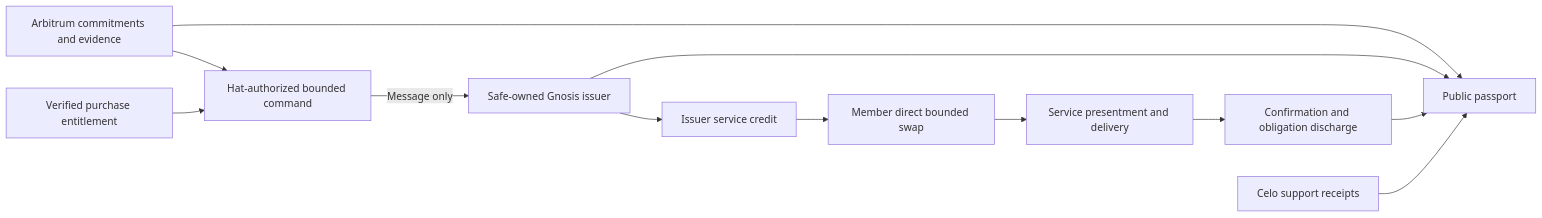
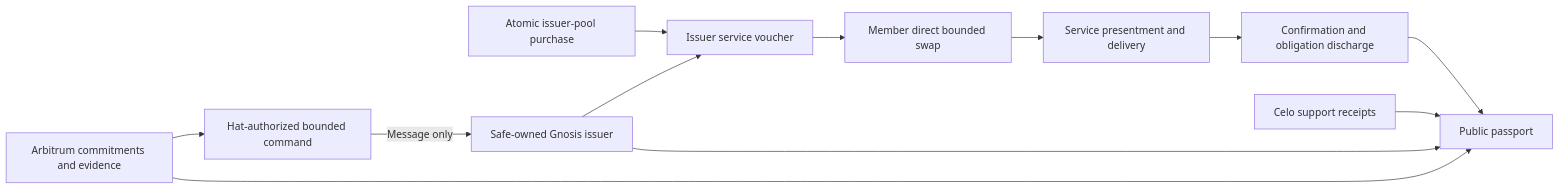
Before and after one commit to greenpill-dev-guild/green-goods: the diagram in .plans/backlog/cosmo-local-credit-interop/spec.md, drawn with Mermaid. The commit also changed other lines of this file and 26 other files, not shown here.

````diff
--- a/.plans/backlog/cosmo-local-credit-interop/spec.md
+++ b/.plans/backlog/cosmo-local-credit-interop/spec.md
@@ -28,14 +136,14 @@
 ```mermaid
 flowchart LR
   A[Arbitrum commitments and evidence] --> B[Hat-authorized bounded command]
-  P[Verified purchase entitlement] --> B
+  P[Atomic issuer-pool purchase] --> D
   B -->|Message only| C[Safe-owned Gnosis issuer]
-  C --> D[Issuer service credit]
+  C --> D[Issuer service voucher]
   D --> E[Member direct bounded swap]
   E --> F[Service presentment and delivery]
   F --> G[Confirmation and obligation discharge]
   A --> H[Public passport]
   C --> H
   G --> H
   S[Celo support receipts] --> H
 ```
````
